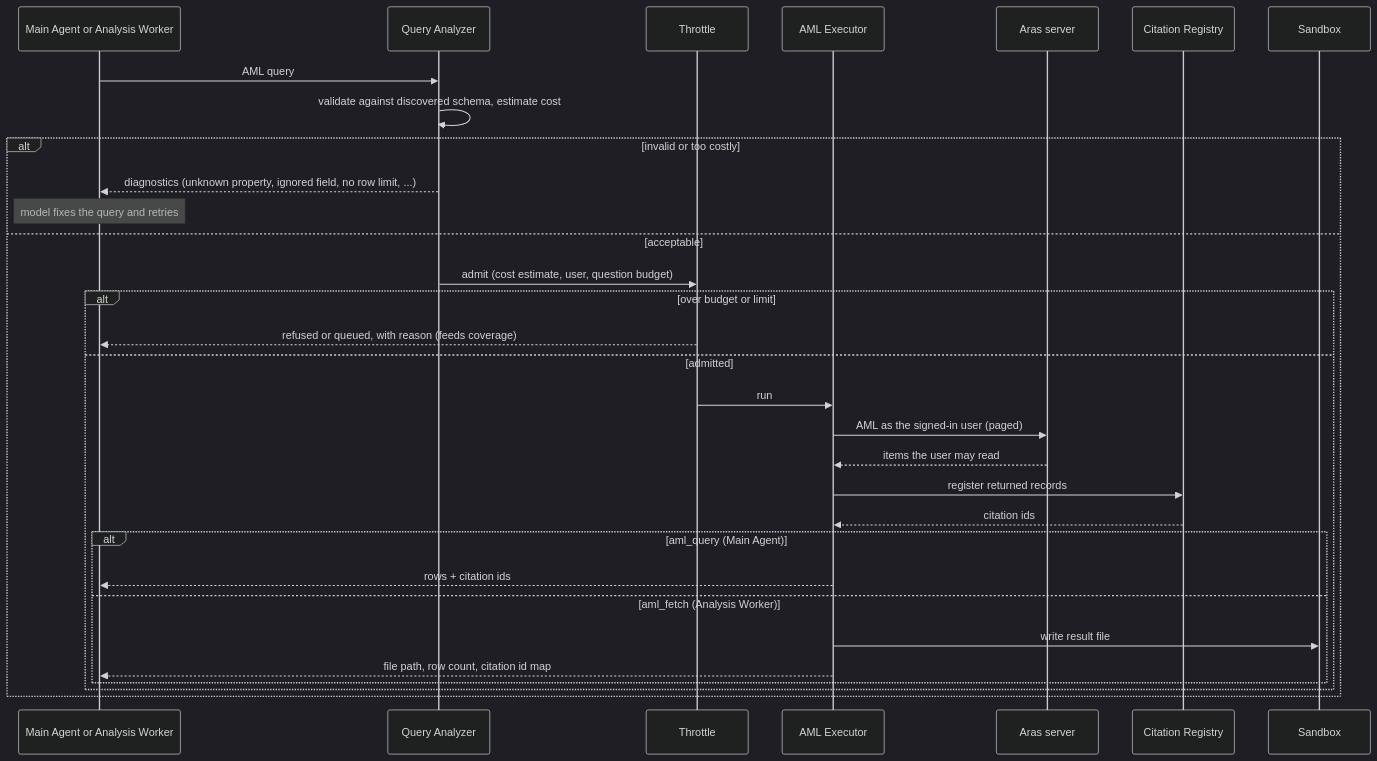
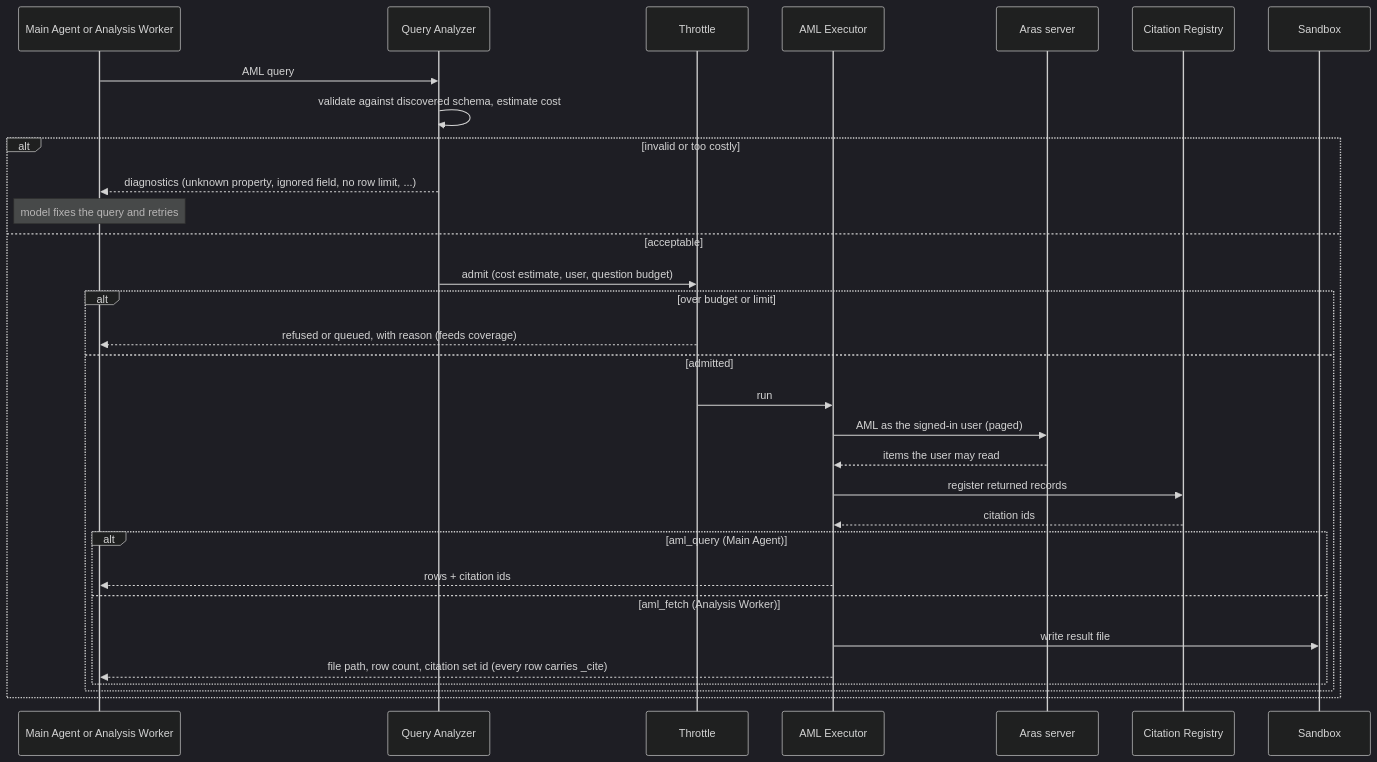
One commit to omkarbhale/aras-insight changed the second of 8 diagrams in docs/architecture/question-lifecycle.md. Above: the diagram before and after it, drawn with Mermaid (dark theme). The commit also changed other lines of this file and 99 other files, not shown here.

````diff
--- a/docs/architecture/question-lifecycle.md
+++ b/docs/architecture/question-lifecycle.md
@@ -39,34 +39,34 @@
 ```mermaid
 sequenceDiagram
     participant Agent as Main Agent or Analysis Worker
     participant QA as Query Analyzer
     participant TH as Throttle
     participant EX as AML Executor
     participant Aras as Aras server
     participant CR as Citation Registry
     participant SB as Sandbox
 
     Agent->>QA: AML query
     QA->>QA: validate against discovered schema, estimate cost
     alt invalid or too costly
         QA-->>Agent: diagnostics (unknown property, ignored field, no row limit, ...)
         Note over Agent: model fixes the query and retries
     else acceptable
         QA->>TH: admit (cost estimate, user, question budget)
         alt over budget or limit
             TH-->>Agent: refused or queued, with reason (feeds coverage)
         else admitted
             TH->>EX: run
             EX->>Aras: AML as the signed-in user (paged)
             Aras-->>EX: items the user may read
             EX->>CR: register returned records
             CR-->>EX: citation ids
             alt aml_query (Main Agent)
                 EX-->>Agent: rows + citation ids
             else aml_fetch (Analysis Worker)
                 EX->>SB: write result file
-                EX-->>Agent: file path, row count, citation id map
+                EX-->>Agent: file path, row count, citation set id (every row carries _cite)
             end
         end
     end
 ```
````
